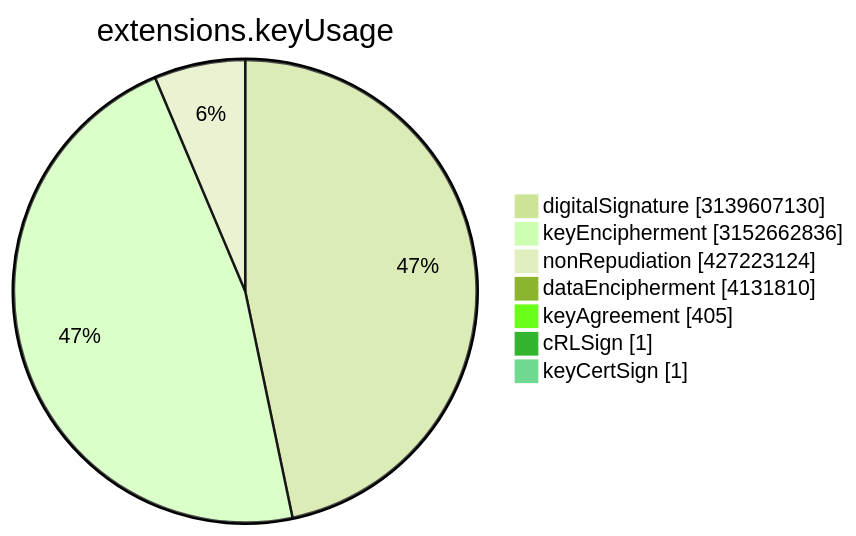
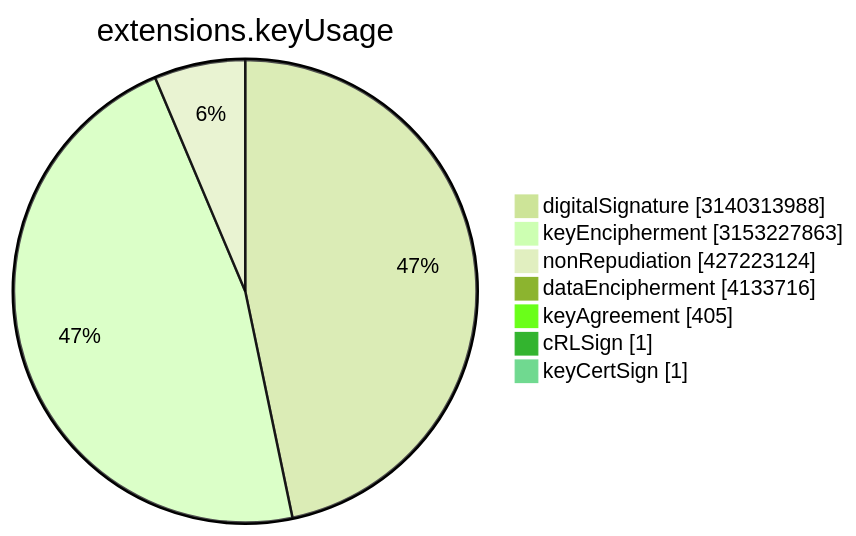
The sixth of 15 diagrams in TOTAL/README.md (christiankrug/ctmonitor_visualization), drawn with Mermaid (forest theme) before and after one commit. The commit also changed other lines of this file, not shown here.

````diff
--- a/TOTAL/README.md
+++ b/TOTAL/README.md
@@ -3077,11 +3077,11 @@
 ```mermaid
 pie showData
 title extensions.keyUsage
-"digitalSignature" :3139607130
-"keyEncipherment" :3152662836
+"digitalSignature" :3140313988
+"keyEncipherment" :3153227863
 "nonRepudiation" :427223124
-"dataEncipherment" :4131810
+"dataEncipherment" :4133716
 "keyAgreement" :405
 "cRLSign" :1
 "keyCertSign" :1
 ```
````
